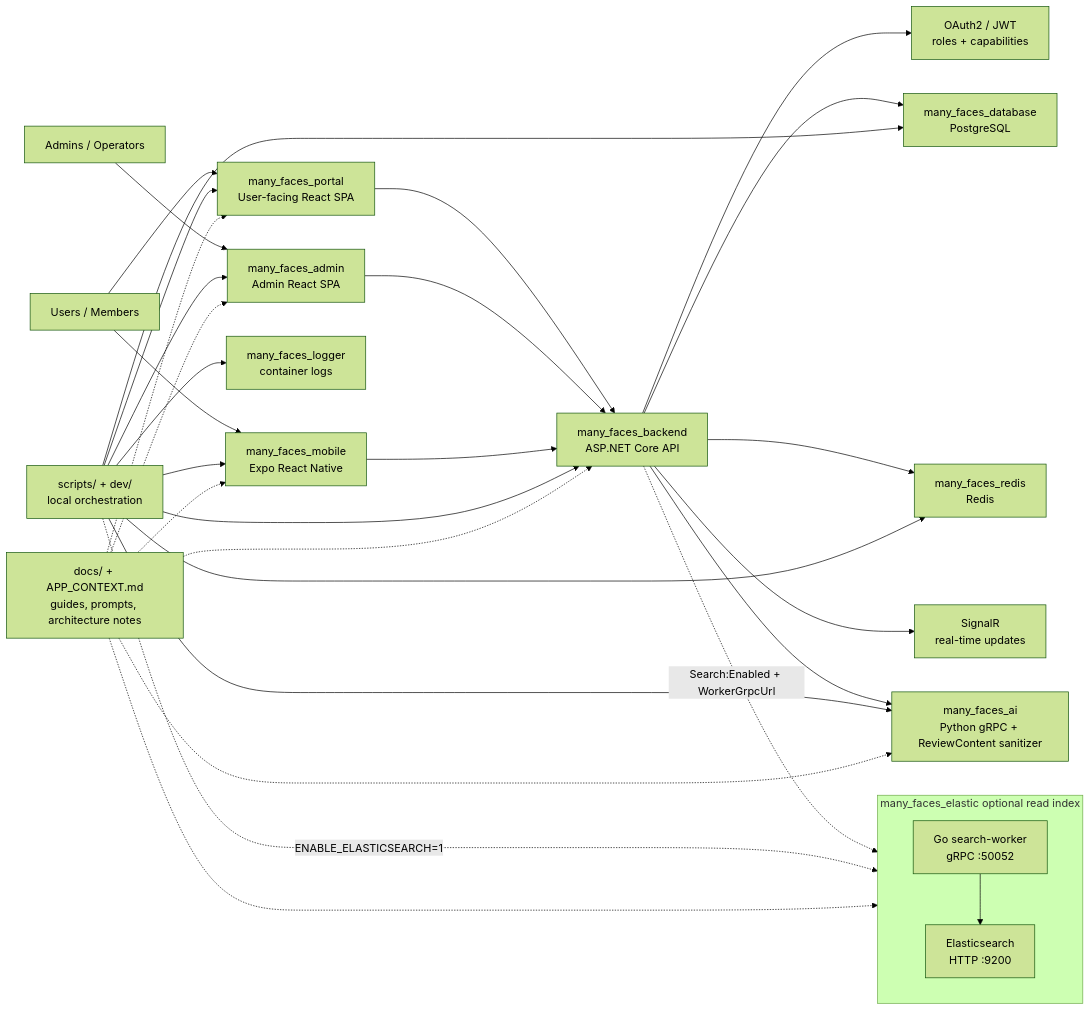
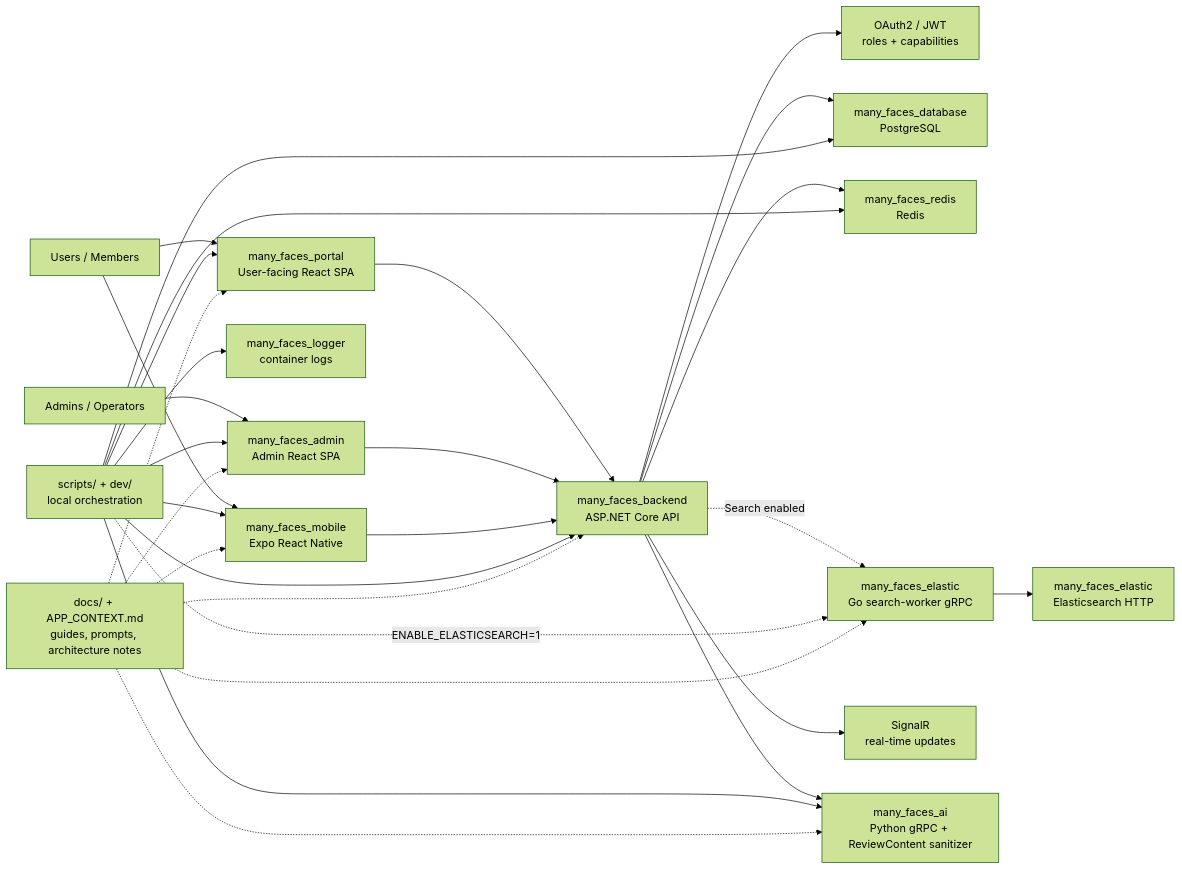
One commit to 01laky/mfai_demo changed the second of 12 diagrams in README.md. Above: the diagram before and after it, drawn with Mermaid (forest theme). The commit also changed other lines of this file, not shown here.

First line of the commit message:
docs(readme): surface Elasticsearch + search-worker with dedicated section and diagrams

````diff
--- a/README.md
+++ b/README.md
@@ -29,40 +60,37 @@
 ```mermaid
 flowchart LR
     visitor["Users / Members"] --> fe["many_faces_portal<br/>User-facing React SPA"]
     visitor --> mobile["many_faces_mobile<br/>Expo React Native"]
     adminUser["Admins / Operators"] --> admin["many_faces_admin<br/>Admin React SPA"]
 
     fe --> api["many_faces_backend<br/>ASP.NET Core API"]
     admin --> api
     mobile --> api
 
     api --> auth["OAuth2 / JWT<br/>roles + capabilities"]
     api --> db["many_faces_database<br/>PostgreSQL"]
     api --> redis["many_faces_redis<br/>Redis"]
-    subgraph elastic_stack["many_faces_elastic optional read index"]
-        direction TB
-        sw["Go search-worker<br/>gRPC :50052"]
-        esx["Elasticsearch<br/>HTTP :9200"]
-        sw --> esx
-    end
-    api -.->|"Search:Enabled + WorkerGrpcUrl"| sw
+    sw["many_faces_elastic<br/>Go search-worker gRPC"]
+    esx["many_faces_elastic<br/>Elasticsearch HTTP"]
+    sw --> esx
+    api -.->|"Search enabled"| sw
     api --> realtime["SignalR<br/>real-time updates"]
     api --> ai["many_faces_ai<br/>Python gRPC + ReviewContent sanitizer"]
 
     scripts["scripts/ + dev/<br/>local orchestration"] --> fe
     scripts --> admin
     scripts --> api
     scripts --> db
     scripts --> redis
-    scripts -.->|"ENABLE_ELASTICSEARCH=1"| elastic_stack
+    scripts -.->|"ENABLE_ELASTICSEARCH=1"| sw
     scripts --> ai
     scripts --> mobile
     scripts --> logs["many_faces_logger<br/>container logs"]
 
     docs["docs/ + APP_CONTEXT.md<br/>guides, prompts, architecture notes"] -.-> fe
     docs -.-> admin
     docs -.-> api
     docs -.-> ai
     docs -.-> mobile
-    docs -.-> elastic_stack
+    docs -.-> sw
 ```
````
